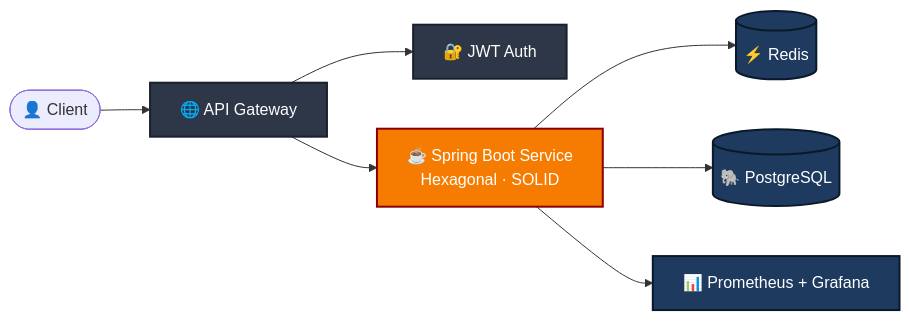
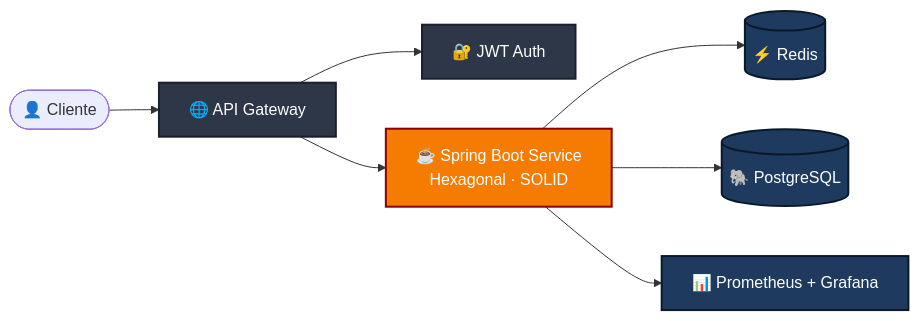
Before and after one commit to JuanDulcey/JuanDulcey: the diagram in README.md, drawn with Mermaid. The commit also changed other lines of this file, not shown here.

````diff
--- a/README.md
+++ b/README.md
@@ -75,16 +77,16 @@
 ```mermaid
 flowchart LR
-    U([👤 Client]) --> GW[🌐 API Gateway]
+    U([👤 Cliente]) --> GW[🌐 API Gateway]
     GW --> AUTH[🔐 JWT Auth]
     GW --> API[☕ Spring Boot Service<br/>Hexagonal · SOLID]
     API --> CACHE[(⚡ Redis)]
     API --> DB[(🐘 PostgreSQL)]
     API --> OBS[📊 Prometheus + Grafana]
 
     classDef primary fill:#f57c00,stroke:#8B0000,color:#fff,stroke-width:2px
     classDef storage fill:#1e3a5f,stroke:#0a1929,color:#fff,stroke-width:2px
     classDef edge fill:#2d3748,stroke:#1a202c,color:#fff,stroke-width:2px
     class GW,AUTH edge
     class API primary
     class CACHE,DB,OBS storage
 ```
````
